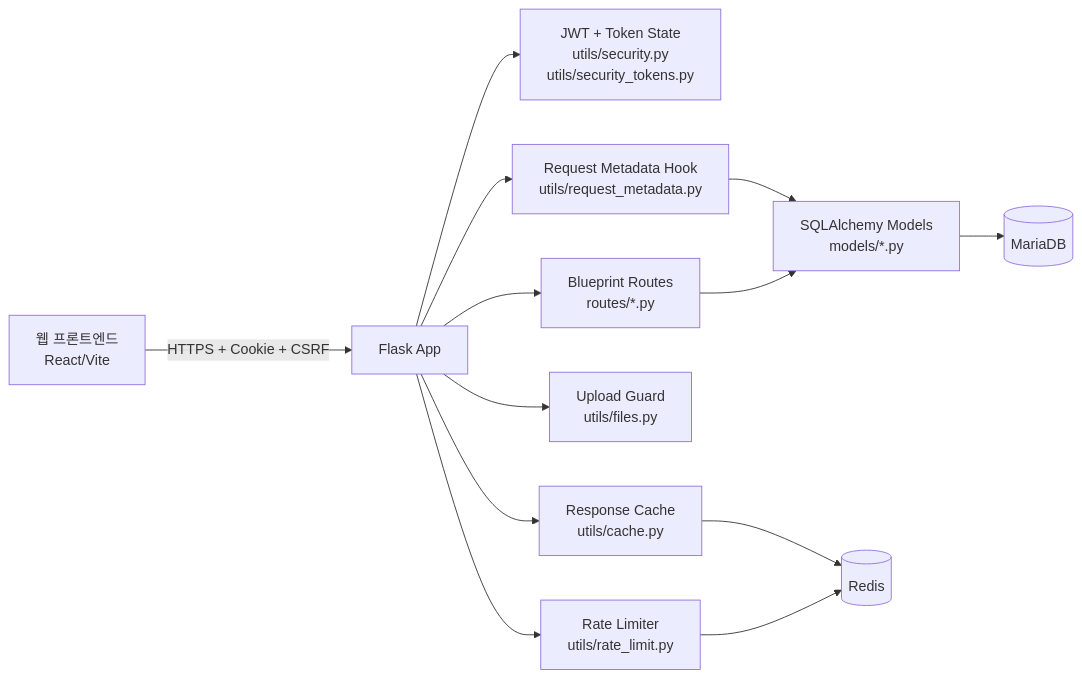
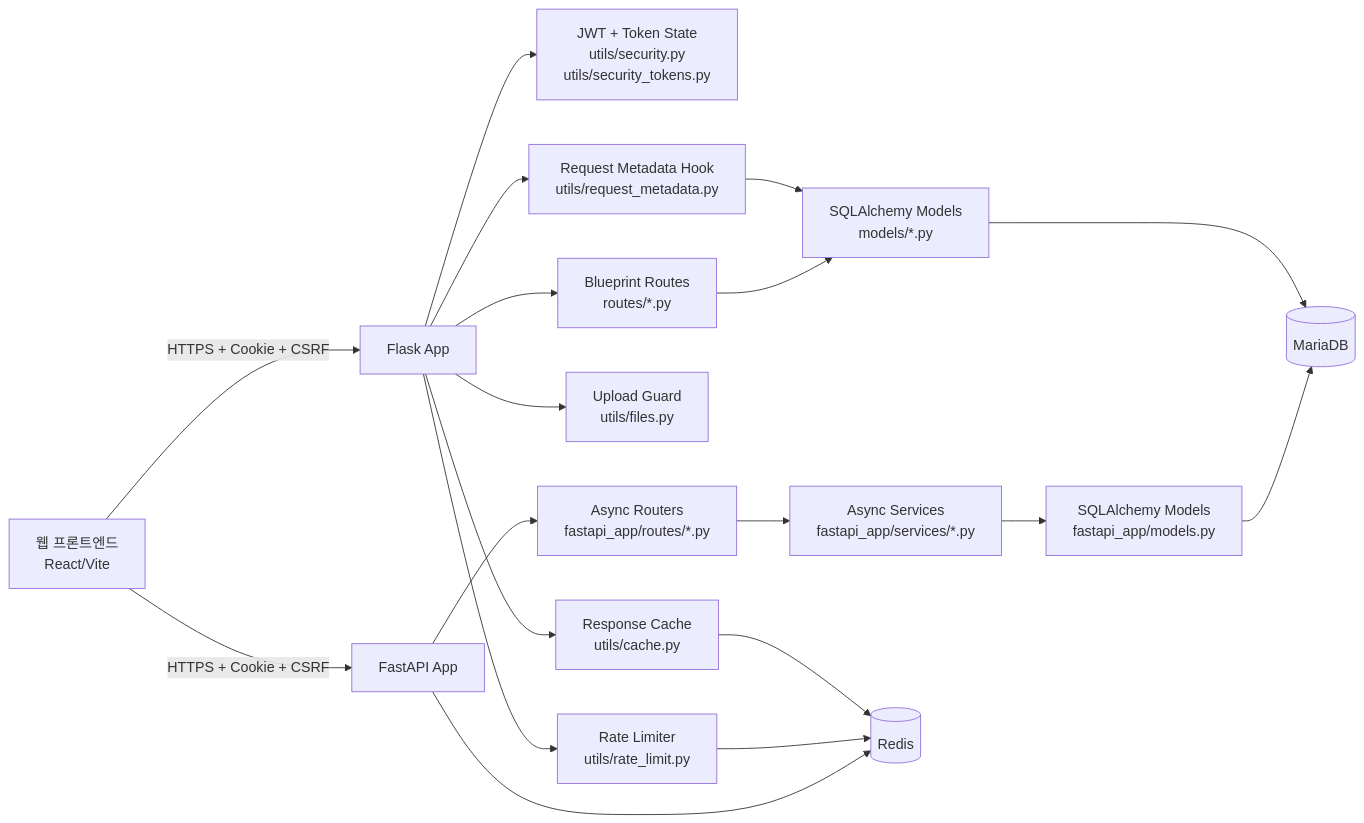
One commit to hanjm-github/beomseo.in changed the first of 9 diagrams in backend/docs/backend_architecture.md. Above: the diagram before and after it, drawn with Mermaid. The commit also changed other lines of this file and 43 other files, not shown here.

````diff
--- a/backend/docs/backend_architecture.md
+++ b/backend/docs/backend_architecture.md
@@ -10,15 +10,21 @@
 ```mermaid
 flowchart LR
     Client[웹 프론트엔드<br/>React/Vite] -->|HTTPS + Cookie + CSRF| Flask[Flask App]
+    Client -->|HTTPS + Cookie + CSRF| FastAPI[FastAPI App]
     Flask --> Auth[JWT + Token State<br/>utils/security.py<br/>utils/security_tokens.py]
     Flask --> RL[Rate Limiter<br/>utils/rate_limit.py]
     Flask --> Cache[Response Cache<br/>utils/cache.py]
     Flask --> Upload[Upload Guard<br/>utils/files.py]
     Flask --> ReqMeta[Request Metadata Hook<br/>utils/request_metadata.py]
     Flask --> Routes[Blueprint Routes<br/>routes/*.py]
     ReqMeta --> ORM
     Routes --> ORM[SQLAlchemy Models<br/>models/*.py]
+    FastAPI --> FastRoutes[Async Routers<br/>fastapi_app/routes/*.py]
+    FastRoutes --> FastServices[Async Services<br/>fastapi_app/services/*.py]
+    FastServices --> FastORM[SQLAlchemy Models<br/>fastapi_app/models.py]
     ORM --> DB[(MariaDB)]
+    FastORM --> DB
     Cache --> Redis[(Redis)]
     RL --> Redis
+    FastAPI --> Redis
 ```
````
